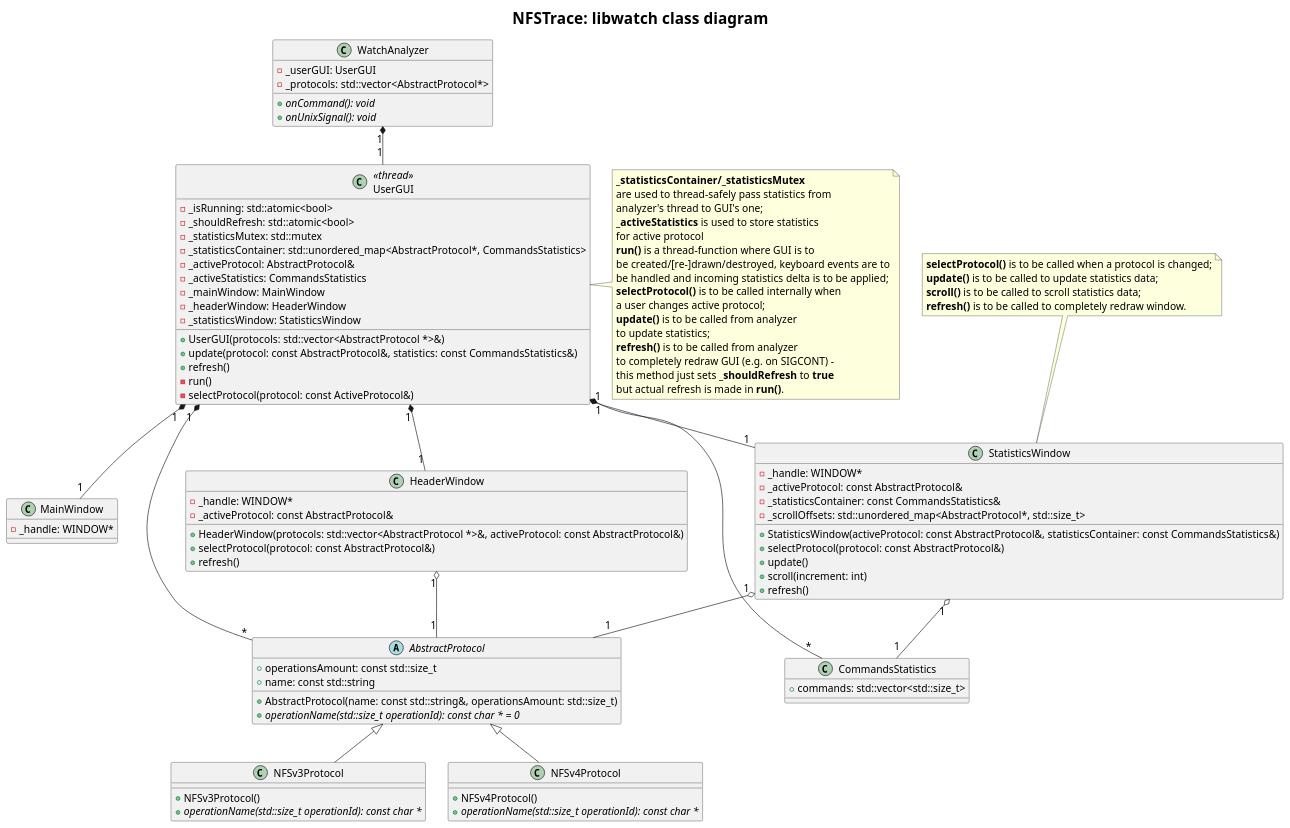
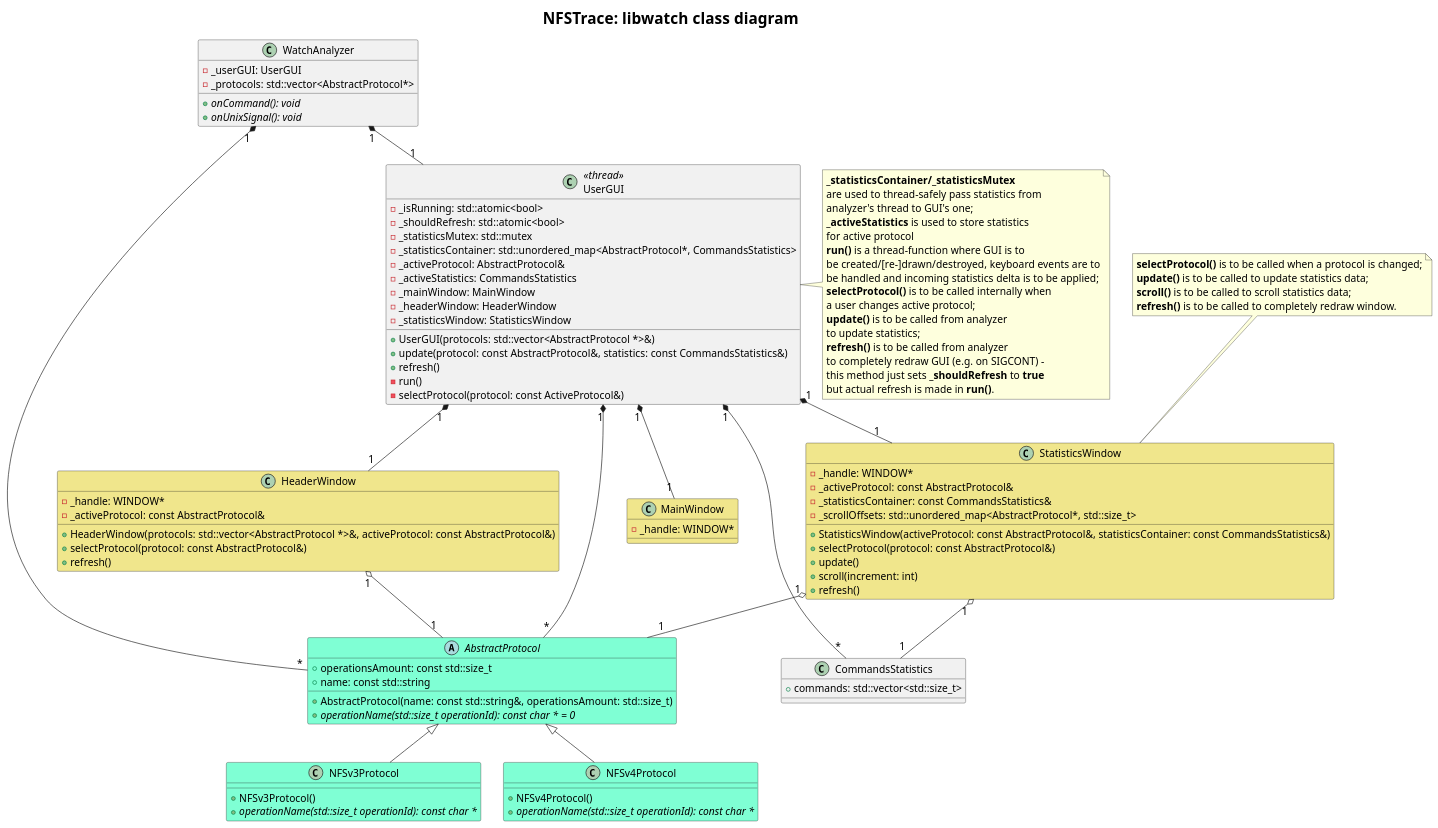
The diagram in docs/design/libwatch/class_diagram.plantuml (epam/nfstrace), drawn with PlantUML before and after one commit.

Commit message:
Libwatch class diagram has been colorized. Additional aggregation link has been added.

```diff
--- a/docs/design/libwatch/class_diagram.plantuml
+++ b/docs/design/libwatch/class_diagram.plantuml
@@ -1,113 +1,114 @@
 @startuml
 skinparam titleFontSize 24
 skinparam defaultFontSize 16
 title NFSTrace: libwatch class diagram
 
-abstract class AbstractProtocol {
+abstract class AbstractProtocol #Aquamarine {
   + operationsAmount: const std::size_t
   + name: const std::string
   + AbstractProtocol(name: const std::string&, operationsAmount: std::size_t)
   + {abstract} operationName(std::size_t operationId): const char * = 0
 }
 
-class NFSv3Protocol {
+class NFSv3Protocol #Aquamarine {
   + NFSv3Protocol()
   + {abstract} operationName(std::size_t operationId): const char *
 }
 
-class NFSv4Protocol {
+class NFSv4Protocol #Aquamarine {
   + NFSv4Protocol()
   + {abstract} operationName(std::size_t operationId): const char *
 }
 
 AbstractProtocol <|-- NFSv3Protocol
 AbstractProtocol <|-- NFSv4Protocol
 
 class CommandsStatistics {
   + commands: std::vector<std::size_t>
 }
 
 class WatchAnalyzer {
   - _userGUI: UserGUI
   - _protocols: std::vector<AbstractProtocol*>
   + {abstract} onCommand(): void
   + {abstract} onUnixSignal(): void
 }
 
 class UserGUI << thread >> {
   - _isRunning: std::atomic<bool>
   - _shouldRefresh: std::atomic<bool>
   - _statisticsMutex: std::mutex
   - _statisticsContainer: std::unordered_map<AbstractProtocol*, CommandsStatistics>
   - _activeProtocol: AbstractProtocol&
   - _activeStatistics: CommandsStatistics
   - _mainWindow: MainWindow
   - _headerWindow: HeaderWindow
   - _statisticsWindow: StatisticsWindow
   + UserGUI(protocols: std::vector<AbstractProtocol *>&)
   + update(protocol: const AbstractProtocol&, statistics: const CommandsStatistics&)
   + refresh()
   - run()
   - selectProtocol(protocol: const ActiveProtocol&)
 }
 
 note right of UserGUI
   <b>_statisticsContainer/_statisticsMutex</b>
   are used to thread-safely pass statistics from
   analyzer's thread to GUI's one;
   <b>_activeStatistics</b> is used to store statistics
   for active protocol
   <b>run()</b> is a thread-function where GUI is to
   be created/[re-]drawn/destroyed, keyboard events are to
   be handled and incoming statistics delta is to be applied;
   <b>selectProtocol()</b> is to be called internally when
   a user changes active protocol;
   <b>update()</b> is to be called from analyzer
   to update statistics;
   <b>refresh()</b> is to be called from analyzer
   to completely redraw GUI (e.g. on SIGCONT) -
   this method just sets <b>_shouldRefresh</b> to <b>true</b>
   but actual refresh is made in <b>run()</b>.
 end note
 
-class MainWindow {
+class MainWindow #Khaki {
   - _handle: WINDOW*
 }
 
-class HeaderWindow {
+class HeaderWindow #Khaki {
   - _handle: WINDOW*
   - _activeProtocol: const AbstractProtocol&
   + HeaderWindow(protocols: std::vector<AbstractProtocol *>&, activeProtocol: const AbstractProtocol&)
   + selectProtocol(protocol: const AbstractProtocol&)
   + refresh()
 }
 
-class StatisticsWindow {
+class StatisticsWindow #Khaki {
   - _handle: WINDOW*
   - _activeProtocol: const AbstractProtocol&
   - _statisticsContainer: const CommandsStatistics&
   - _scrollOffsets: std::unordered_map<AbstractProtocol*, std::size_t>
   + StatisticsWindow(activeProtocol: const AbstractProtocol&, statisticsContainer: const CommandsStatistics&)
   + selectProtocol(protocol: const AbstractProtocol&)
   + update()
   + scroll(increment: int)
   + refresh()
 }
 
 note top of StatisticsWindow
   <b>selectProtocol()</b> is to be called when a protocol is changed;
   <b>update()</b> is to be called to update statistics data;
   <b>scroll()</b> is to be called to scroll statistics data;
   <b>refresh()</b> is to be called to completely redraw window.
 end note
 
 WatchAnalyzer "1" *-- "1" UserGUI
+WatchAnalyzer "1" *-- "*" AbstractProtocol
 UserGUI "1" *-- "*" AbstractProtocol
 UserGUI "1" *-- "1" MainWindow
 UserGUI "1" *-- "1" HeaderWindow
 UserGUI "1" *-- "1" StatisticsWindow
 UserGUI "1" *-- "*" CommandsStatistics
 HeaderWindow "1" o-- "1" AbstractProtocol
 StatisticsWindow "1" o-- "1" CommandsStatistics
 StatisticsWindow "1" o-- "1" AbstractProtocol
 @enduml
```
